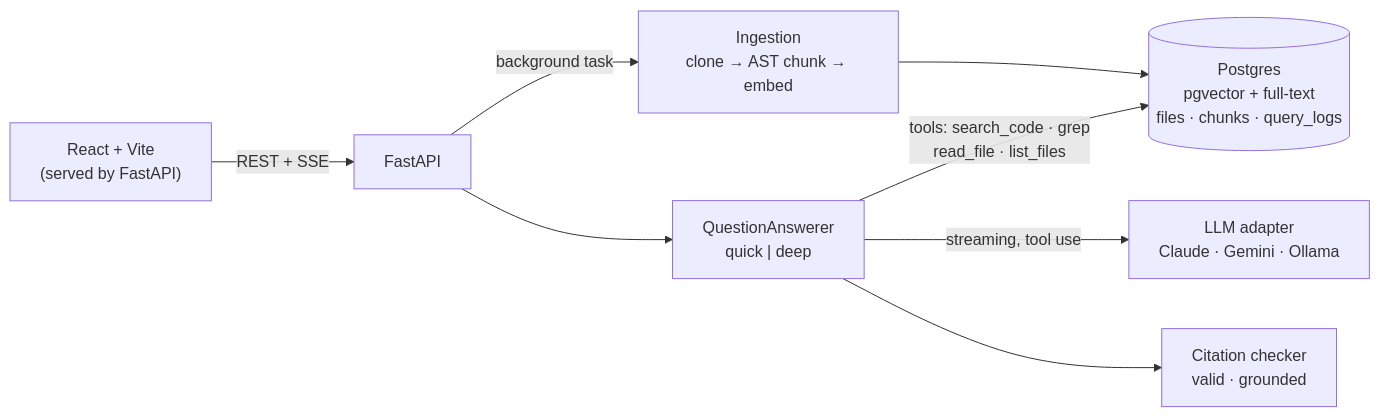
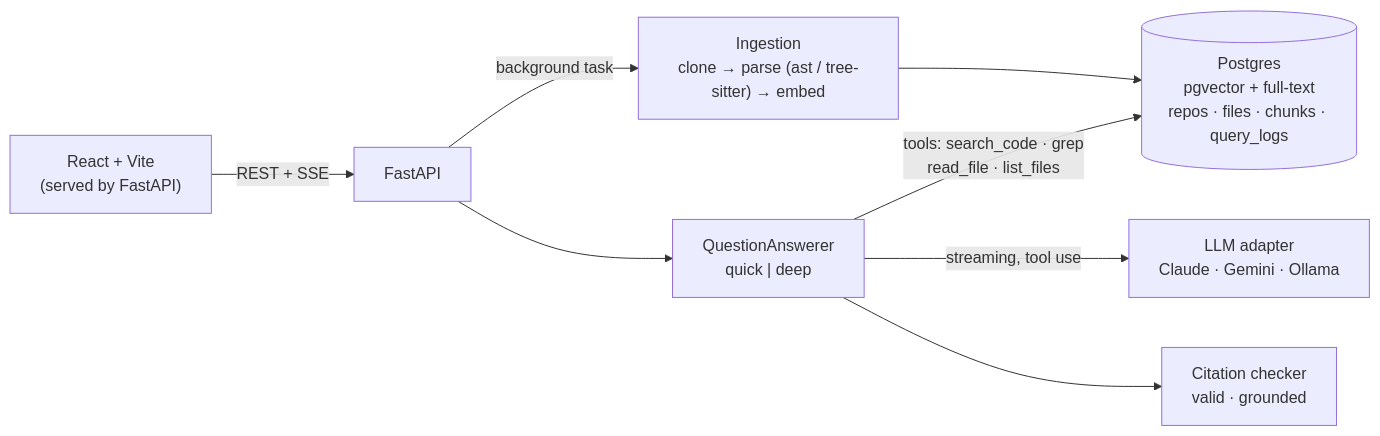
Before and after one commit to ranjith-s/ask-repo: the diagram in README.md, drawn with Mermaid. The commit also changed other lines of this file, not shown here.

````diff
--- a/README.md
+++ b/README.md
@@ -267,10 +329,10 @@
 ```mermaid
 flowchart LR
     UI["React + Vite<br/>(served by FastAPI)"] -- "REST + SSE" --> API[FastAPI]
-    API -- "background task" --> ING["Ingestion<br/>clone → AST chunk → embed"]
-    ING --> PG[("Postgres<br/>pgvector + full-text<br/>files · chunks · query_logs")]
+    API -- "background task" --> ING["Ingestion<br/>clone → parse (ast / tree-sitter) → embed"]
+    ING --> PG[("Postgres<br/>pgvector + full-text<br/>repos · files · chunks · query_logs")]
     API --> QA["QuestionAnswerer<br/>quick | deep"]
     QA -- "tools: search_code · grep<br/>read_file · list_files" --> PG
     QA -- "streaming, tool use" --> LLM["LLM adapter<br/>Claude · Gemini · Ollama"]
     QA --> CIT["Citation checker<br/>valid · grounded"]
 ```
````
